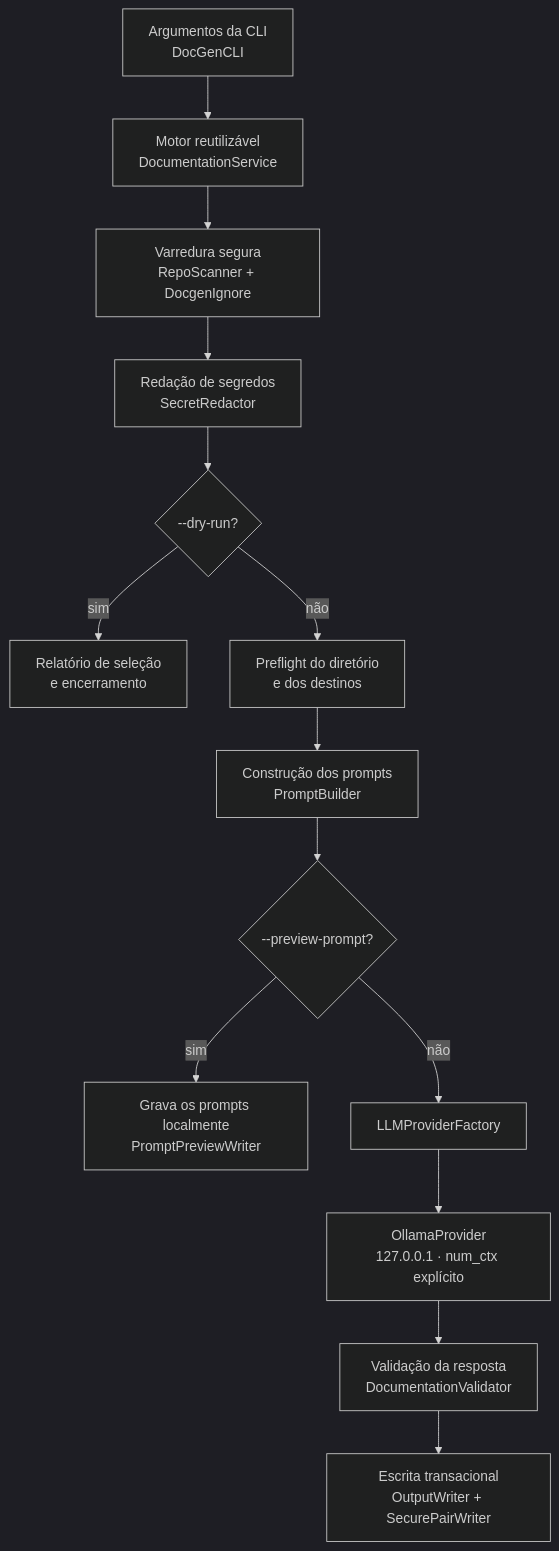
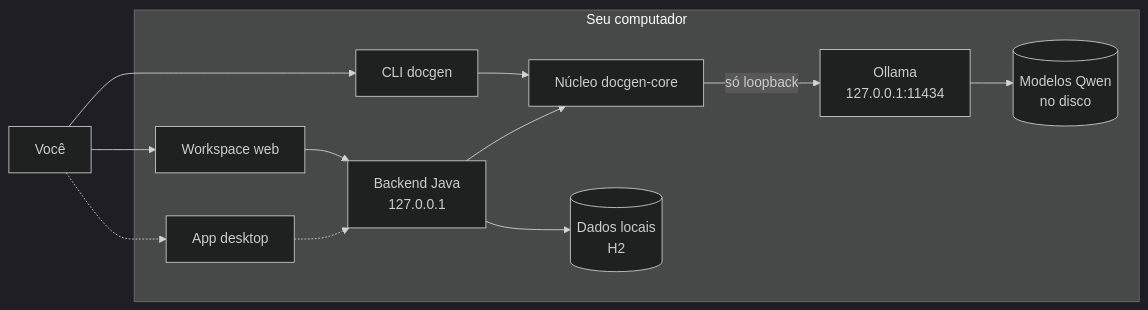
The diagram in README.md (brunocorreia-dev/Docgen), drawn with Mermaid (dark theme) before and after one commit. The commit also changed other lines of this file and 3 other files, not shown here.

First line of the commit message:
docs: reescreve o README para a visão do DocGen Desktop

````diff
--- a/README.md
+++ b/README.md
@@ -153,16 +71,24 @@
 ```mermaid
-flowchart TD
-    A["Argumentos da CLI<br/>DocGenCLI"] --> S["Motor reutilizável<br/>DocumentationService"]
-    S --> B["Varredura segura<br/>RepoScanner + DocgenIgnore"]
-    B --> C["Redação de segredos<br/>SecretRedactor"]
-    C --> D{"--dry-run?"}
-    D -- sim --> D1["Relatório de seleção<br/>e encerramento"]
-    D -- não --> E["Preflight do diretório<br/>e dos destinos"]
-    E --> F["Construção dos prompts<br/>PromptBuilder"]
-    F --> G{"--preview-prompt?"}
-    G -- sim --> G1["Grava os prompts localmente<br/>PromptPreviewWriter"]
-    G -- não --> H["LLMProviderFactory"]
-    H --> L["OllamaProvider<br/>127.0.0.1 · num_ctx explícito"]
-    L --> M["Validação da resposta<br/>DocumentationValidator"]
-    M --> N["Escrita transacional<br/>OutputWriter + SecurePairWriter"]
+flowchart LR
+    U["Você"]
+    subgraph PC["Seu computador"]
+        CLI["CLI docgen"]
+        WEB["Workspace web"]
+        APP["App desktop"]
+        API["Backend Java<br/>127.0.0.1"]
+        CORE["Núcleo docgen-core"]
+        DB[("Dados locais<br/>H2")]
+        OLLAMA["Ollama<br/>127.0.0.1:11434"]
+        MODELS[("Modelos Qwen<br/>no disco")]
+    end
+    U --> CLI
+    U --> WEB
+    U -.-> APP
+    WEB --> API
+    APP -.-> API
+    CLI --> CORE
+    API --> CORE
+    API --> DB
+    CORE -->|"só loopback"| OLLAMA
+    OLLAMA --> MODELS
 ```
````
